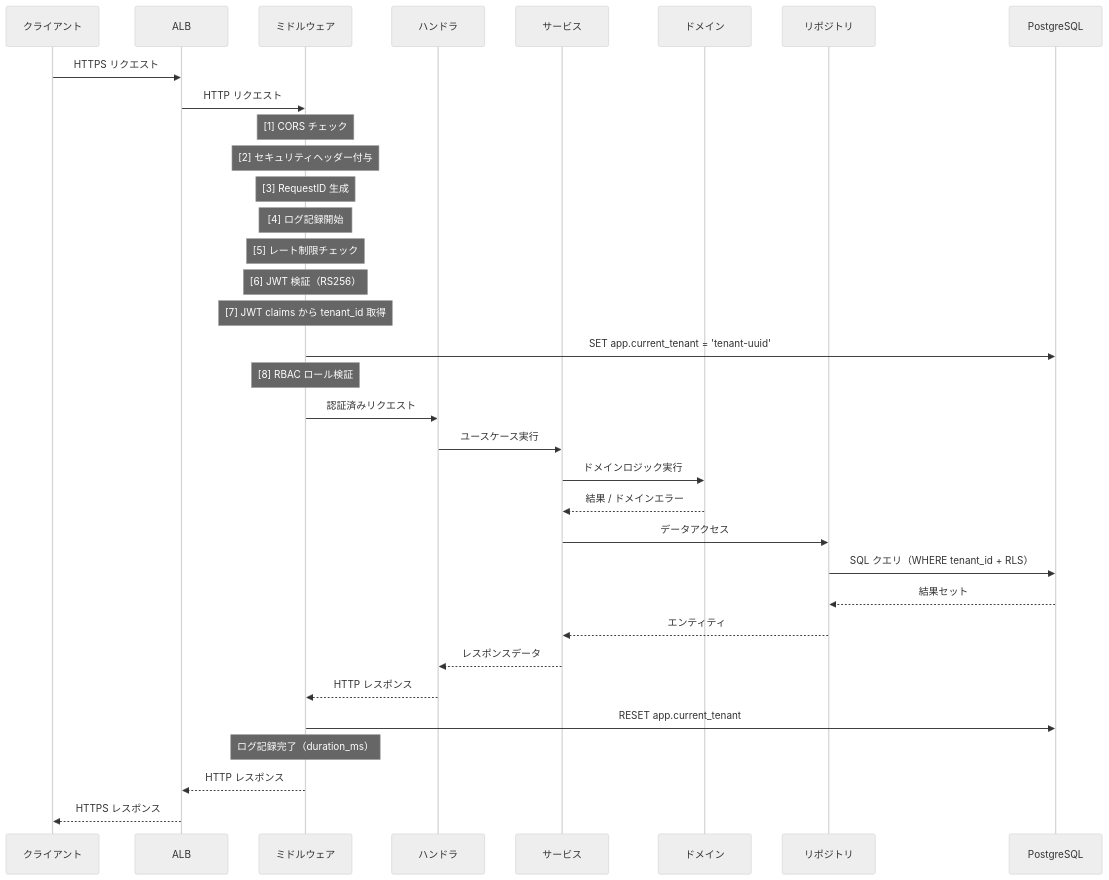
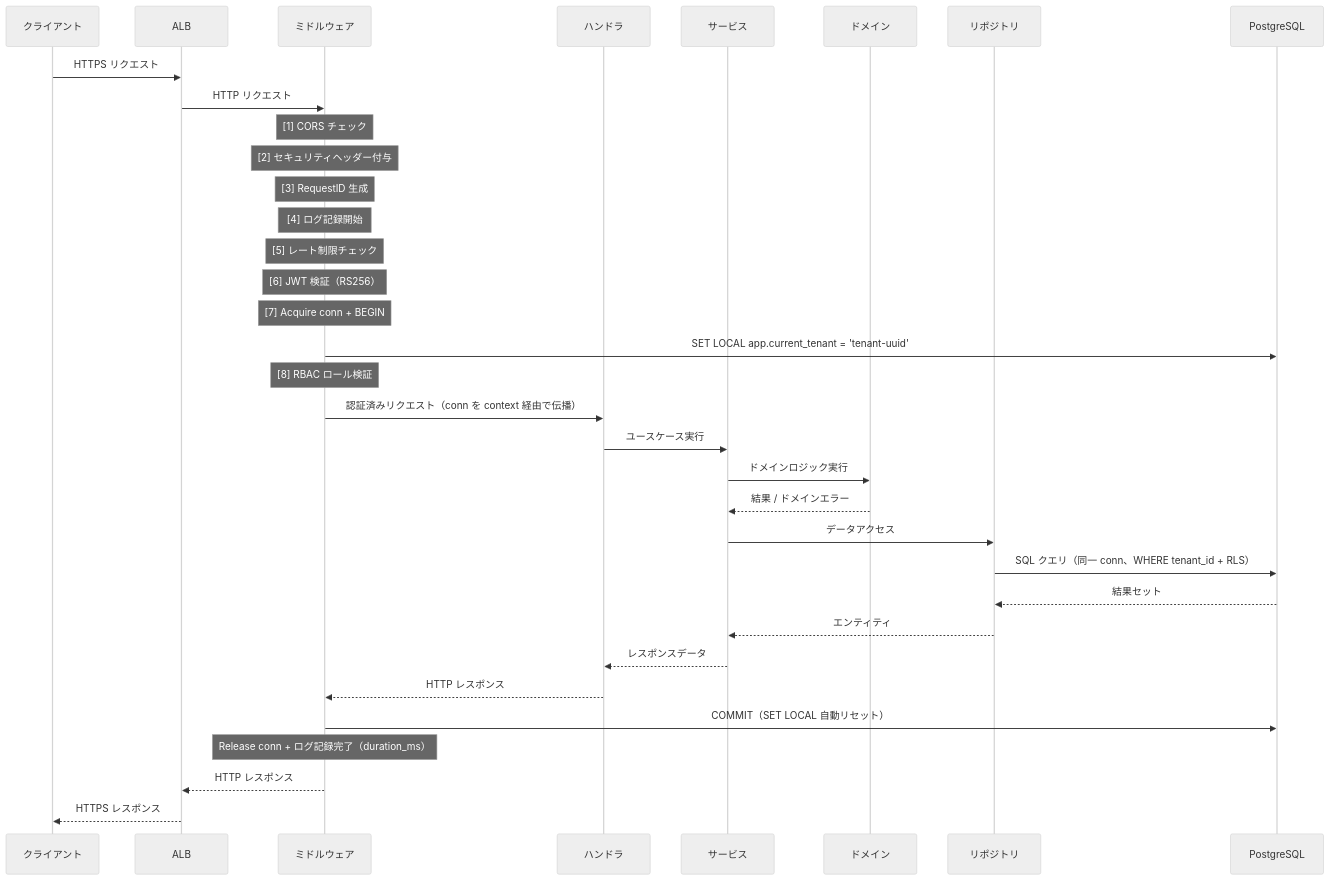
One commit to atsuro128/dev-journal changed the second of 7 diagrams in deliverables/docs/30_arch/diagrams.md. Above: the diagram before and after it, drawn with Mermaid (neutral theme). The commit also changed other lines of this file and 7 other files, not shown here.

````diff
--- a/deliverables/docs/30_arch/diagrams.md
+++ b/deliverables/docs/30_arch/diagrams.md
@@ -51,41 +51,41 @@
 ```mermaid
 sequenceDiagram
     participant C as クライアント
     participant ALB
     participant MW as ミドルウェア
     participant H as ハンドラ
     participant S as サービス
     participant D as ドメイン
     participant R as リポジトリ
     participant DB as PostgreSQL
 
     C->>ALB: HTTPS リクエスト
     ALB->>MW: HTTP リクエスト
 
     Note over MW: [1] CORS チェック
     Note over MW: [2] セキュリティヘッダー付与
     Note over MW: [3] RequestID 生成
     Note over MW: [4] ログ記録開始
     Note over MW: [5] レート制限チェック
     Note over MW: [6] JWT 検証（RS256）
-    Note over MW: [7] JWT claims から tenant_id 取得
-    MW->>DB: SET app.current_tenant = 'tenant-uuid'
+    Note over MW: [7] Acquire conn + BEGIN
+    MW->>DB: SET LOCAL app.current_tenant = 'tenant-uuid'
     Note over MW: [8] RBAC ロール検証
 
-    MW->>H: 認証済みリクエスト
+    MW->>H: 認証済みリクエスト（conn を context 経由で伝播）
     H->>S: ユースケース実行
     S->>D: ドメインロジック実行
     D-->>S: 結果 / ドメインエラー
     S->>R: データアクセス
-    R->>DB: SQL クエリ（WHERE tenant_id + RLS）
+    R->>DB: SQL クエリ（同一 conn、WHERE tenant_id + RLS）
     DB-->>R: 結果セット
     R-->>S: エンティティ
     S-->>H: レスポンスデータ
     H-->>MW: HTTP レスポンス
 
-    MW->>DB: RESET app.current_tenant
-    Note over MW: ログ記録完了（duration_ms）
+    MW->>DB: COMMIT（SET LOCAL 自動リセット）
+    Note over MW: Release conn + ログ記録完了（duration_ms）
 
     MW-->>ALB: HTTP レスポンス
     ALB-->>C: HTTPS レスポンス
 ```
````
